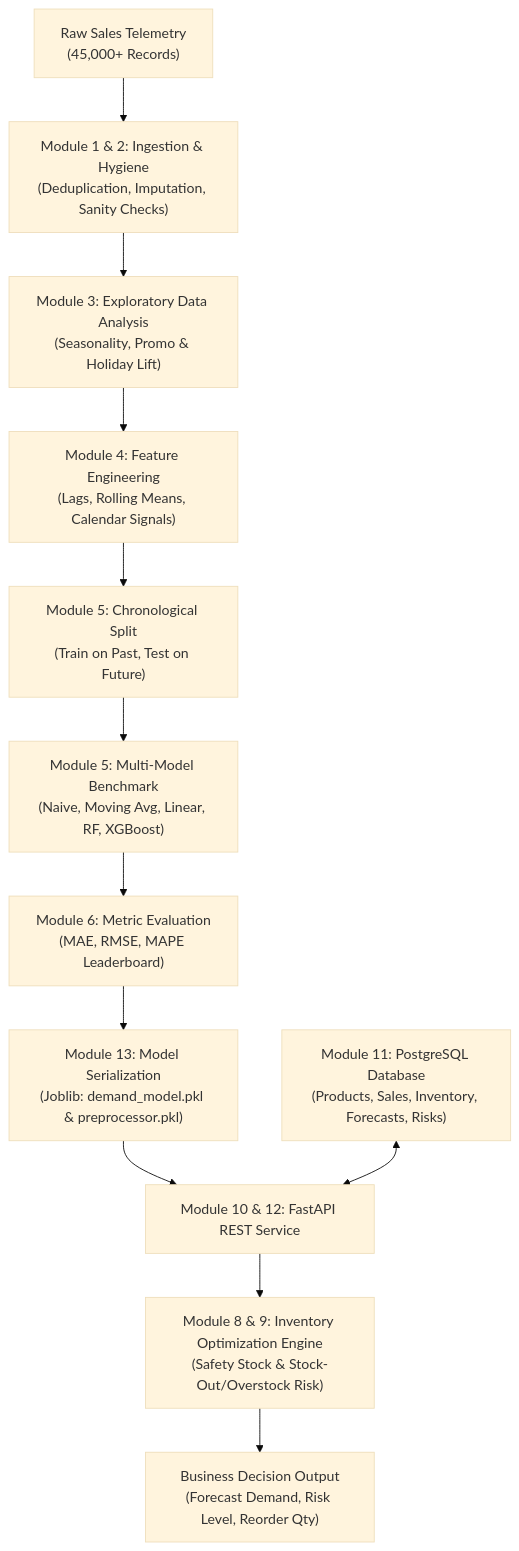
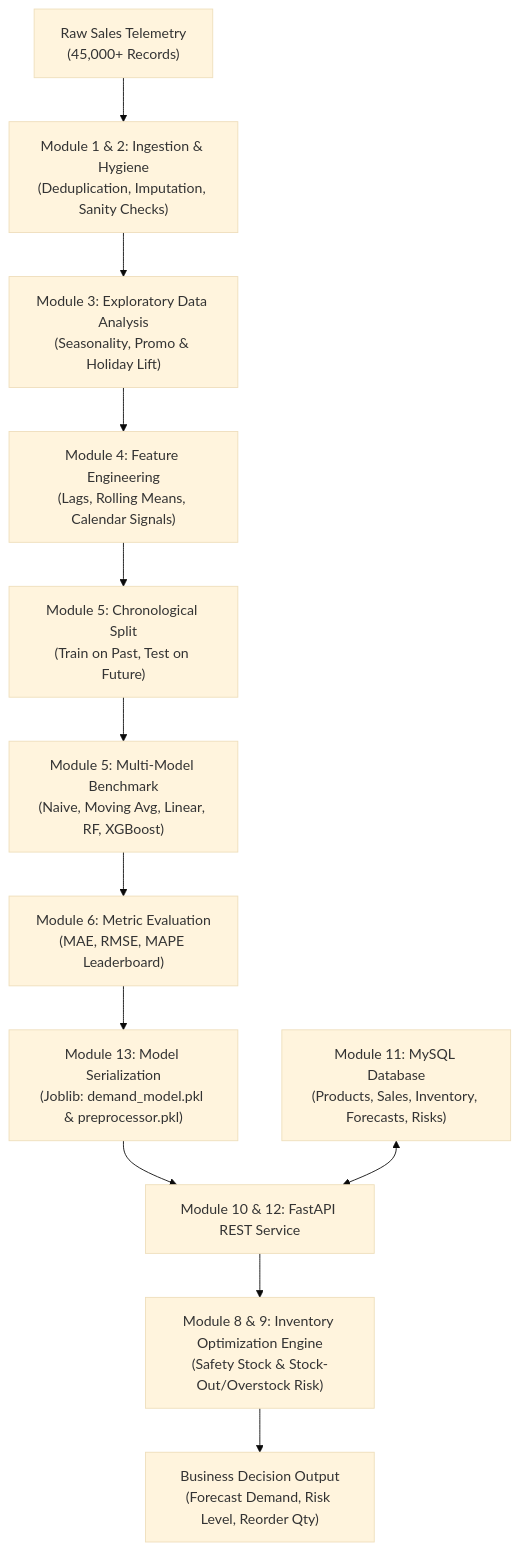
One commit to hemanthmikkie/Sales_Forecast changed the diagram in README.md. Above: the diagram before and after it, drawn with Mermaid (base theme). The commit also changed other lines of this file, not shown here.

````diff
--- a/README.md
+++ b/README.md
@@ -26,14 +26,14 @@
 ```mermaid
 flowchart TD
     A["Raw Sales Telemetry\n(45,000+ Records)"] --> B["Module 1 & 2: Ingestion & Hygiene\n(Deduplication, Imputation, Sanity Checks)"]
     B --> C["Module 3: Exploratory Data Analysis\n(Seasonality, Promo & Holiday Lift)"]
     C --> D["Module 4: Feature Engineering\n(Lags, Rolling Means, Calendar Signals)"]
     D --> E["Module 5: Chronological Split\n(Train on Past, Test on Future)"]
     E --> F["Module 5: Multi-Model Benchmark\n(Naive, Moving Avg, Linear, RF, XGBoost)"]
     F --> G["Module 6: Metric Evaluation\n(MAE, RMSE, MAPE Leaderboard)"]
     G --> H["Module 13: Model Serialization\n(Joblib: demand_model.pkl & preprocessor.pkl)"]
     H --> I["Module 10 & 12: FastAPI REST Service"]
-    J["Module 11: PostgreSQL Database\n(Products, Sales, Inventory, Forecasts, Risks)"] <--> I
+    J["Module 11: MySQL Database\n(Products, Sales, Inventory, Forecasts, Risks)"] <--> I
     I --> K["Module 8 & 9: Inventory Optimization Engine\n(Safety Stock & Stock-Out/Overstock Risk)"]
     K --> L["Business Decision Output\n(Forecast Demand, Risk Level, Reorder Qty)"]
 ```
````
